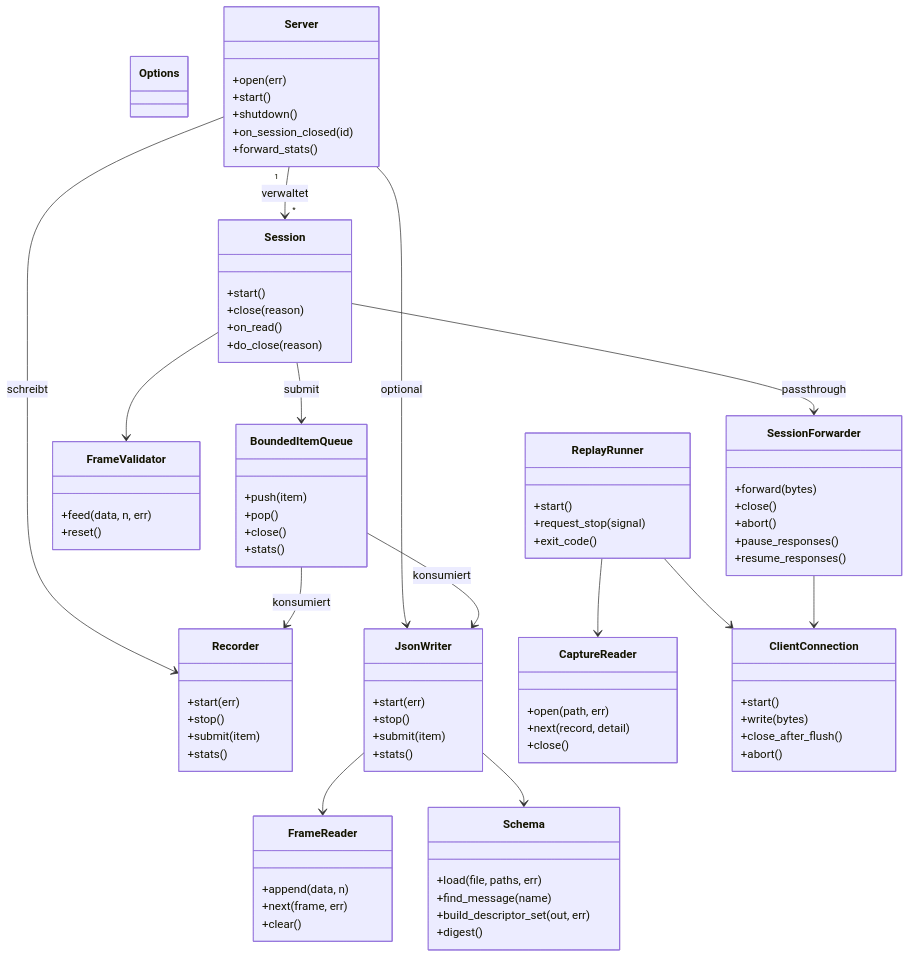
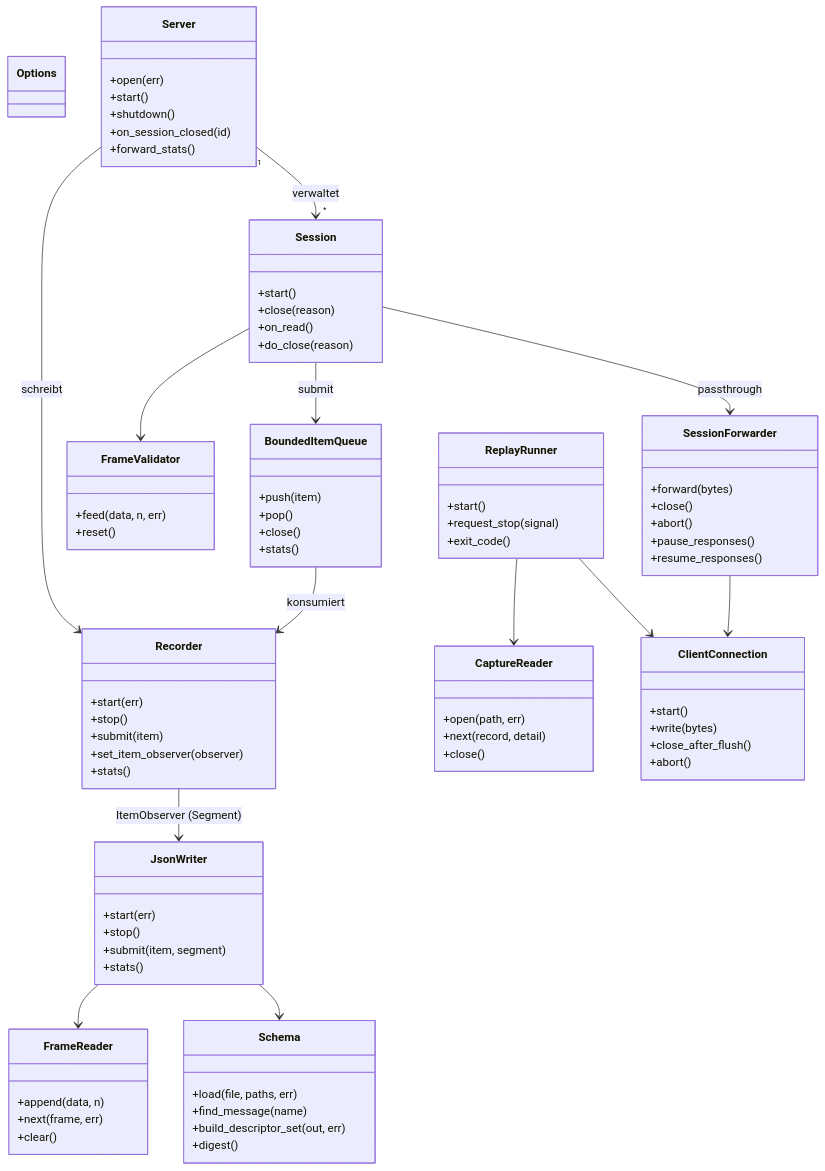
Before and after one commit to chriswit68/protorecprep: the third of 17 diagrams in doc/software-design.md, drawn with Mermaid. The commit also changed other lines of this file and 22 other files, not shown here.

```diff
--- a/doc/software-design.md
+++ b/doc/software-design.md
@@ -612,6 +639,7 @@
     +start(err)
     +stop()
     +submit(item)
+    +set_item_observer(observer)
     +stats()
   }
   class BoundedItemQueue {
@@ -623,7 +651,7 @@
   class JsonWriter {
     +start(err)
     +stop()
-    +submit(item)
+    +submit(item, segment)
     +stats()
   }
   class FrameValidator {
@@ -667,12 +695,11 @@
 
   Server "1" --> "*" Session : verwaltet
   Server --> Recorder : schreibt
-  Server --> JsonWriter : optional
   Session --> FrameValidator
   Session --> SessionForwarder : passthrough
   Session --> BoundedItemQueue : submit
   BoundedItemQueue --> Recorder : konsumiert
-  BoundedItemQueue --> JsonWriter : konsumiert
+  Recorder --> JsonWriter : ItemObserver (Segment)
   JsonWriter --> FrameReader
   JsonWriter --> Schema
   ReplayRunner --> CaptureReader
```
